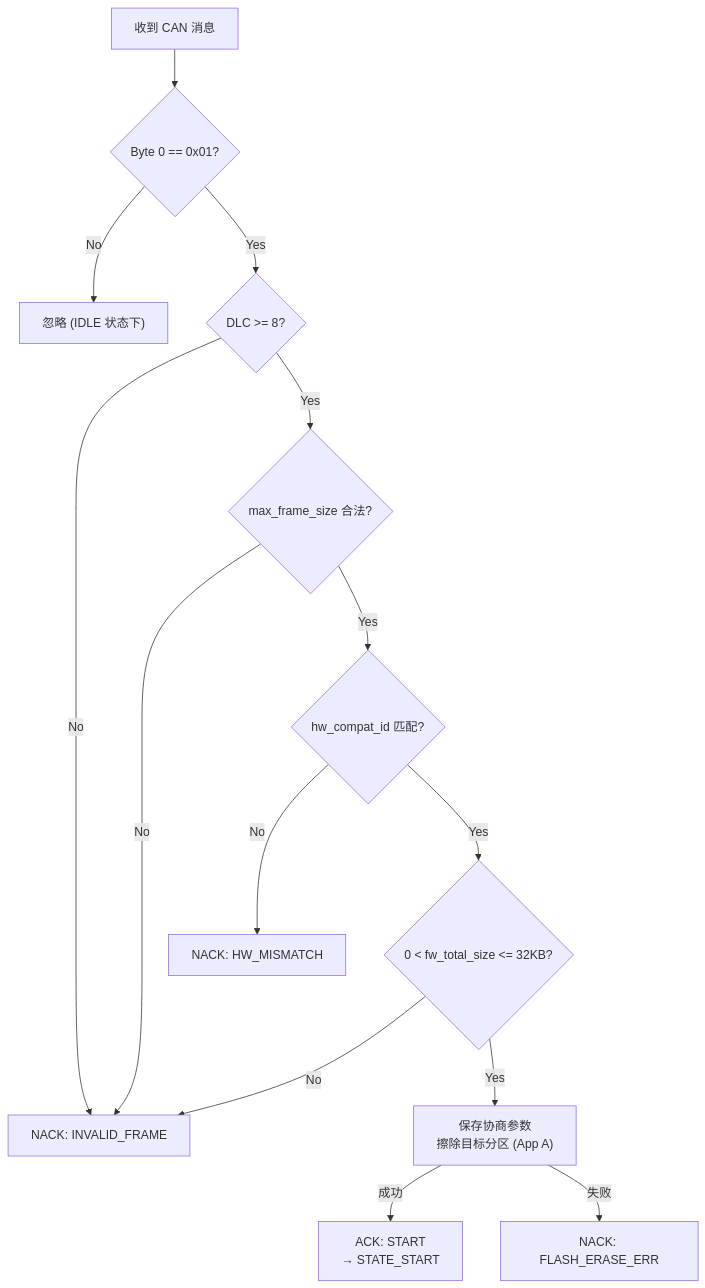
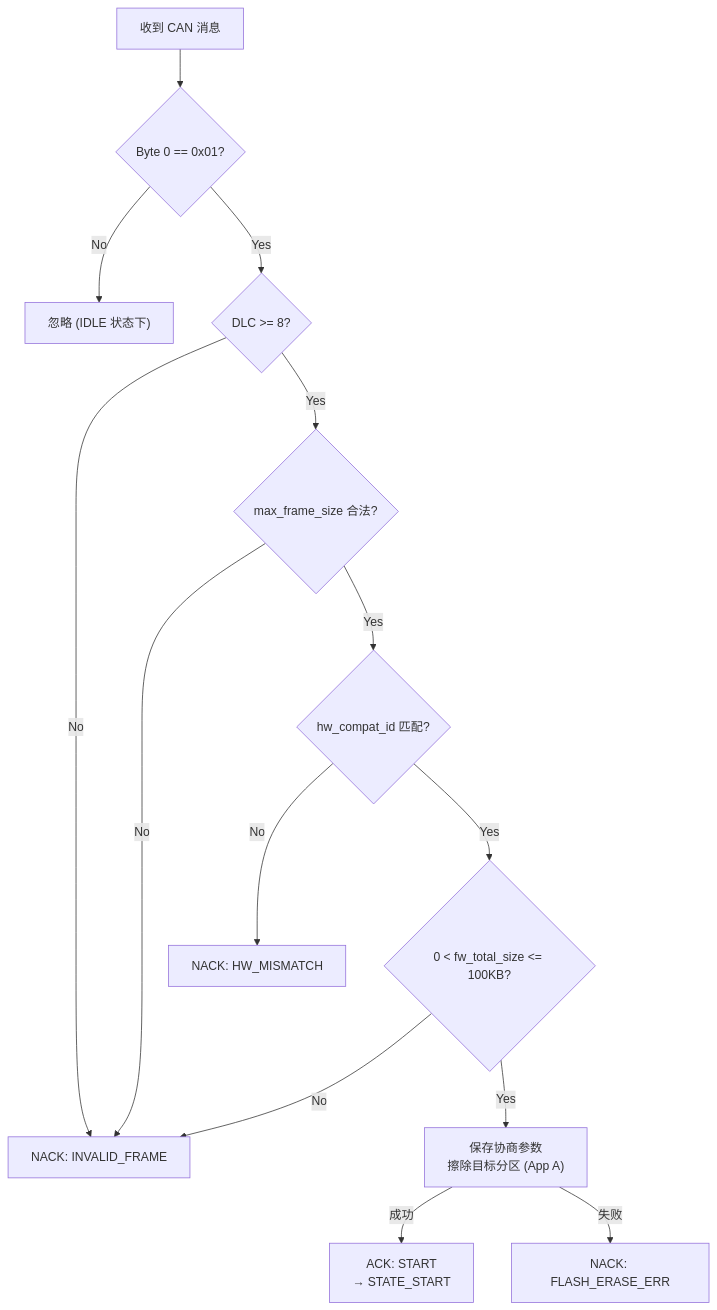
Before and after one commit to fubingyan2026/stm32_g474_boot: the third of 8 diagrams in boot_protocol_spec.md, drawn with Mermaid. The commit also changed other lines of this file and 3 other files, not shown here.

````diff
--- a/boot_protocol_spec.md
+++ b/boot_protocol_spec.md
@@ -189,16 +189,16 @@
 ```mermaid
 flowchart TD
     A["收到 CAN 消息"] --> B{"Byte 0 == 0x01?"}
     B -->|No| C["忽略 (IDLE 状态下)"]
     B -->|Yes| D{"DLC >= 8?"}
     D -->|No| E["NACK: INVALID_FRAME"]
     D -->|Yes| F{"max_frame_size 合法?"}
     F -->|No| E
     F -->|Yes| G{"hw_compat_id 匹配?"}
     G -->|No| H["NACK: HW_MISMATCH"]
-    G -->|Yes| I{"0 < fw_total_size <= 32KB?"}
+    G -->|Yes| I{"0 < fw_total_size <= 100KB?"}
     I -->|No| E
     I -->|Yes| J["保存协商参数<br/>擦除目标分区 (App A)"]
     J -->|成功| K["ACK: START<br/>→ STATE_START"]
     J -->|失败| L["NACK: FLASH_ERASE_ERR"]
 ```
````
